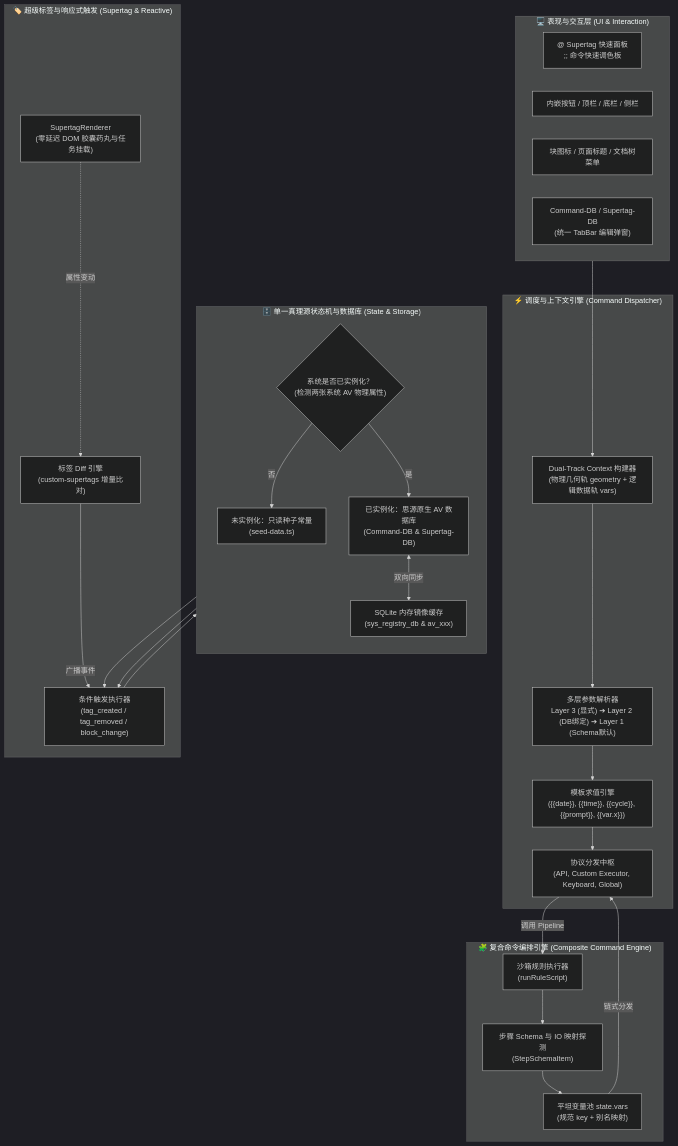
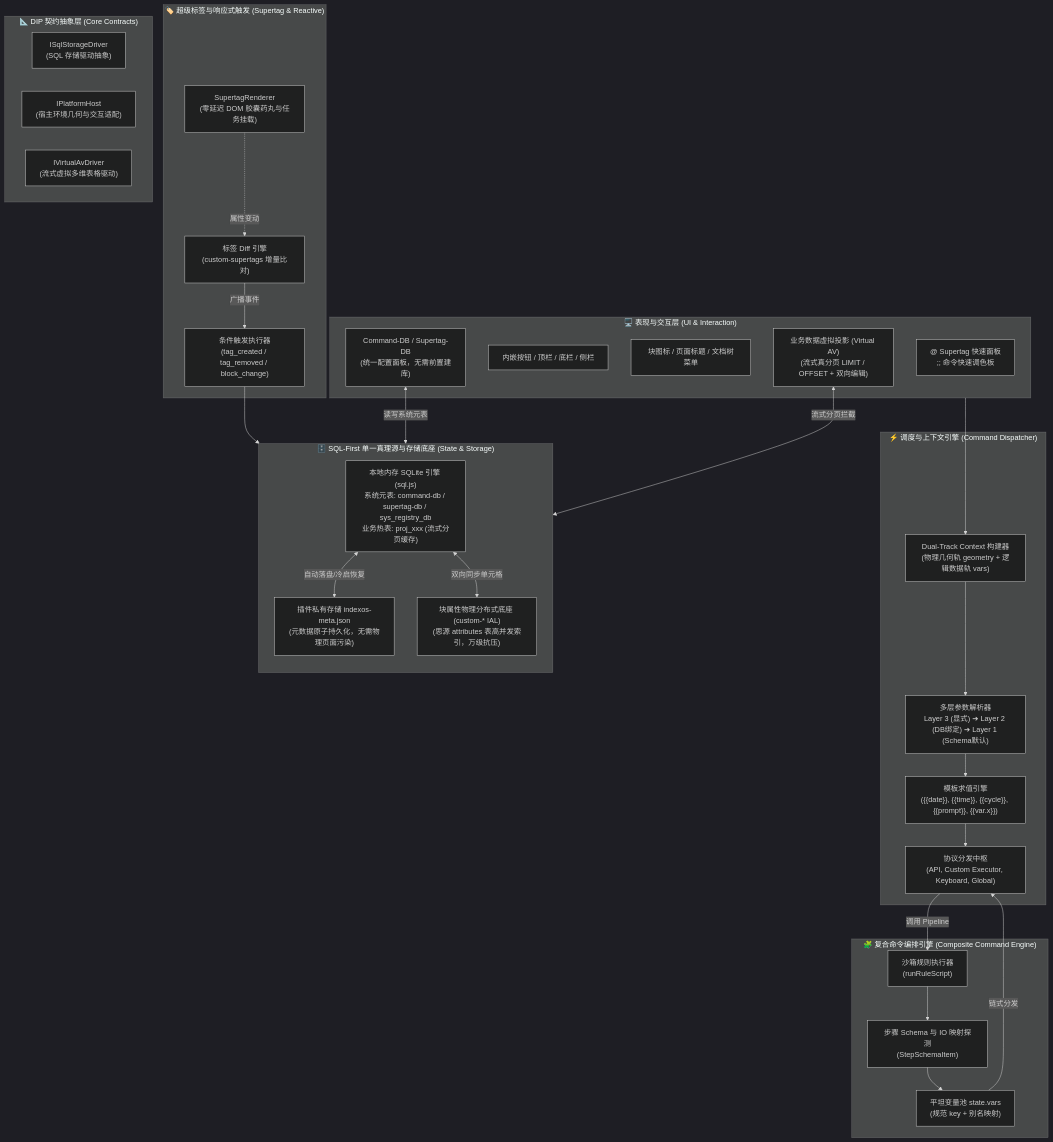
Before and after one commit to Szerelem0617/siyuan-plugins-index: the first of 2 diagrams in docs/architecture.md, drawn with Mermaid (dark theme). The commit also changed other lines of this file and 24 other files, not shown here.

Commit message:
update architecture unstable

````diff
--- a/docs/architecture.md
+++ b/docs/architecture.md
@@ -10,58 +10,63 @@
 ```mermaid
 flowchart TD
     %% 全局分层
     subgraph UI_Layer ["🖥️ 表现与交互层 (UI & Interaction)"]
         Palette["@ Supertag 快速面板\n;; 命令快速调色板"]
         Buttons["内嵌按钮 / 顶栏 / 底栏 / 侧栏"]
         MenuHooks["块图标 / 页面标题 / 文档树菜单"]
-        AV_Views["Command-DB / Supertag-DB\n(统一 TabBar 编辑弹窗)"]
+        Virtual_AV["业务数据虚拟投影 (Virtual AV)\n(流式真分页 LIMIT / OFFSET + 双向编辑)"]
+        Config_Dialogs["Command-DB / Supertag-DB\n(统一配置面板，无需前置建库)"]
     end
 
     subgraph Dispatcher_Layer ["⚡ 调度与上下文引擎 (Command Dispatcher)"]
         ContextBuilder["Dual-Track Context 构建器\n(物理几何轨 geometry + 逻辑数据轨 vars)"]
         ParamResolver["多层参数解析器\nLayer 3 (显式) ➔ Layer 2 (DB绑定) ➔ Layer 1 (Schema默认)"]
         TemplateEngine["模板求值引擎\n({{date}}, {{time}}, {{cycle}}, {{prompt}}, {{var.x}})"]
         ExecProtocol["协议分发中枢\n(API, Custom Executor, Keyboard, Global)"]
     end
 
     subgraph Pipeline_Layer ["🧩 复合命令编排引擎 (Composite Command Engine)"]
         RuleEngine["沙箱规则执行器\n(runRuleScript)"]
         StepSchema["步骤 Schema 与 IO 映射探测\n(StepSchemaItem)"]
         DataPool["平坦变量池 state.vars\n(规范 key + 别名映射)"]
     end
 
     subgraph Supertag_Layer ["🏷️ 超级标签与响应式触发 (Supertag & Reactive)"]
         DiffEngine["标签 Diff 引擎\n(custom-supertags 增量比对)"]
         TriggerEngine["条件触发执行器\n(tag_created / tag_removed / block_change)"]
         DOMRenderer["SupertagRenderer\n(零延迟 DOM 胶囊药丸与任务挂载)"]
     end
 
-    subgraph State_Layer ["🗄️ 单一真理源状态机与数据库 (State & Storage)"]
+    subgraph Core_Contracts ["📐 DIP 契约抽象层 (Core Contracts)"]
+        ISqlStorageDriver["ISqlStorageDriver\n(SQL 存储驱动抽象)"]
+        IPlatformHost["IPlatformHost\n(宿主环境几何与交互适配)"]
+        IVirtualAvDriver["IVirtualAvDriver\n(流式虚拟多维表格驱动)"]
+    end
+
+    subgraph State_Layer ["🗄️ SQL-First 单一真理源与存储底座 (State & Storage)"]
         direction TB
-        StateCheck{"系统是否已实例化？\n(检测两张系统 AV 物理属性)"}
-        SeedConst["未实例化：只读种子常量\n(seed-data.ts)"]
-        SiYuanAV["已实例化：思源原生 AV 数据库\n(Command-DB & Supertag-DB)"]
-        SQLiteMirror["SQLite 内存镜像缓存\n(sys_registry_db & av_xxx)"]
+        SQLiteEngine["本地内存 SQLite 引擎 (sql.js)\n系统元表: command-db / supertag-db / sys_registry_db\n业务热表: proj_xxx (流式分页缓存)"]
+        StorageJSON["插件私有存储 indexos-meta.json\n(元数据原子持久化，无需物理页面污染)"]
+        BlockIAL["块属性物理分布式底座 (custom-* IAL)\n(思源 attributes 表高并发索引，万级抗压)"]
     end
 
     %% 交互连线
     UI_Layer --> ContextBuilder
     ContextBuilder --> ParamResolver
     ParamResolver --> TemplateEngine
     TemplateEngine --> ExecProtocol
 
     ExecProtocol -->|调用 Pipeline| RuleEngine
     RuleEngine --> StepSchema
     StepSchema --> DataPool
     DataPool -->|链式分发| ExecProtocol
 
     DOMRenderer -.->|属性变动| DiffEngine
     DiffEngine -->|广播事件| TriggerEngine
-    TriggerEngine --> StateCheck
+    TriggerEngine --> SQLiteEngine
 
-    StateCheck -->|否| SeedConst
-    StateCheck -->|是| SiYuanAV
-    SiYuanAV <-->|双向同步| SQLiteMirror
-    SeedConst --> TriggerEngine
-    SiYuanAV --> TriggerEngine
+    Config_Dialogs <-->|读写系统元表| SQLiteEngine
+    SQLiteEngine <-->|自动落盘/冷启恢复| StorageJSON
+    Virtual_AV <-->|流式分页拦截| SQLiteEngine
+    SQLiteEngine <-->|双向同步单元格| BlockIAL
 ```
````
